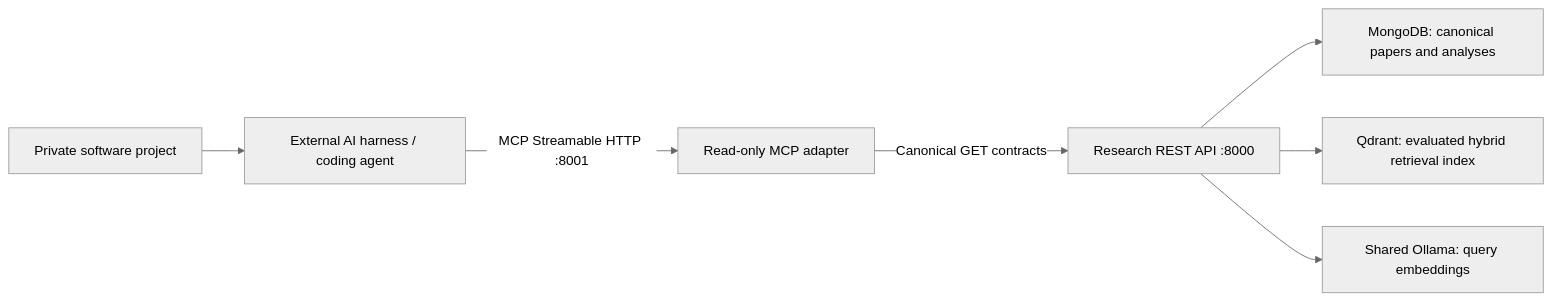
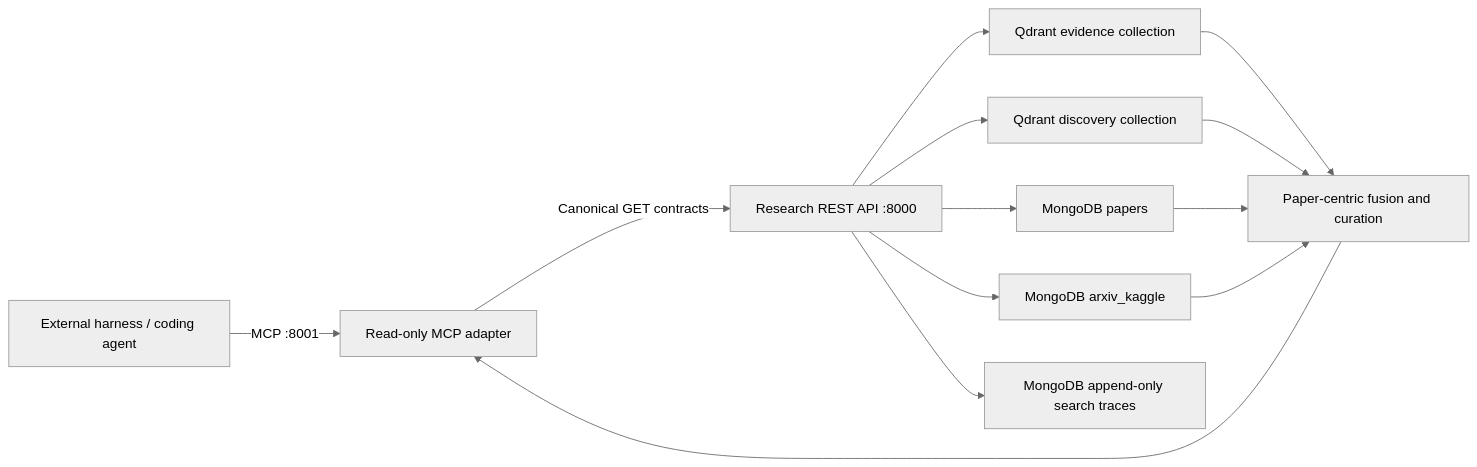
The diagram in docs/15-external_ai_harness_mcp_handoff.md (Analytics206/arxiv_pipeline), drawn with Mermaid (neutral theme) before and after one commit. The commit also changed other lines of this file and 31 other files, not shown here.

Commit message:
mongo requests and research save

````diff
--- a/docs/15-external_ai_harness_mcp_handoff.md
+++ b/docs/15-external_ai_harness_mcp_handoff.md
@@ -44,9 +50,15 @@
 ```mermaid
 flowchart LR
-    P["Private software project"] --> H["External AI harness / coding agent"]
-    H -->|"MCP Streamable HTTP :8001"| A["Read-only MCP adapter"]
-    A -->|"Canonical GET contracts"| R["Research REST API :8000"]
-    R --> M["MongoDB: canonical papers and analyses"]
-    R --> Q["Qdrant: evaluated hybrid retrieval index"]
-    R --> O["Shared Ollama: query embeddings"]
+    H["External harness / coding agent"] -->|"MCP :8001"| M["Read-only MCP adapter"]
+    M -->|"Canonical GET contracts"| A["Research REST API :8000"]
+    A --> E["Qdrant evidence collection"]
+    A --> D["Qdrant discovery collection"]
+    A --> P["MongoDB papers"]
+    A --> K["MongoDB arxiv_kaggle"]
+    A --> T["MongoDB append-only search traces"]
+    E --> C["Paper-centric fusion and curation"]
+    D --> C
+    P --> C
+    K --> C
+    C --> M
 ```
````
